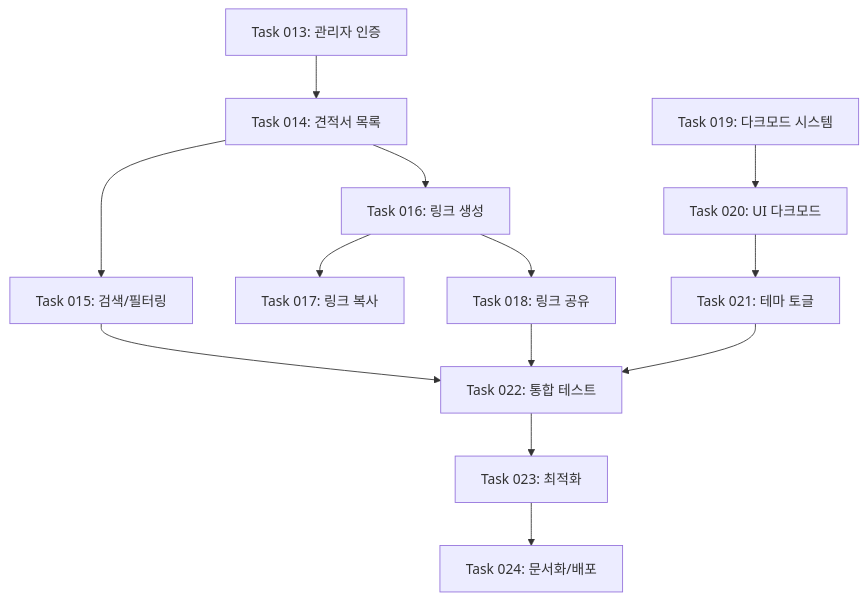
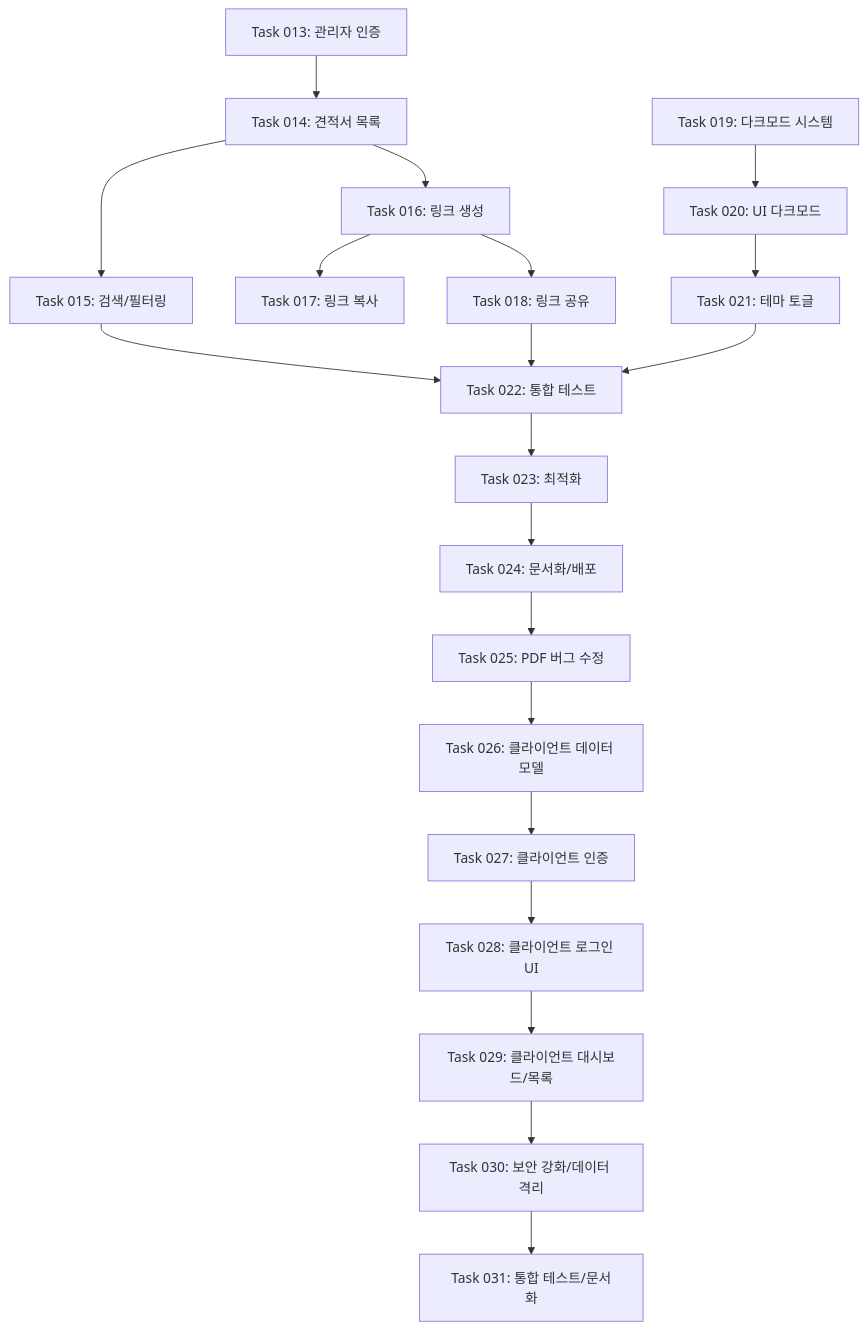
The diagram in docs/ROADMAP.md (anna-co-kr/invoice-web), drawn with Mermaid before and after one commit. The commit also changed other lines of this file and 23 other files, not shown here.

````diff
--- a/docs/ROADMAP.md
+++ b/docs/ROADMAP.md
@@ -272,17 +481,26 @@
 ```mermaid
 graph TD
     A[Task 013: 관리자 인증] --> B[Task 014: 견적서 목록]
     B --> C[Task 015: 검색/필터링]
     B --> D[Task 016: 링크 생성]
     D --> E[Task 017: 링크 복사]
     D --> F[Task 018: 링크 공유]
 
     G[Task 019: 다크모드 시스템] --> H[Task 020: UI 다크모드]
     H --> I[Task 021: 테마 토글]
 
     C --> J[Task 022: 통합 테스트]
     F --> J
     I --> J
     J --> K[Task 023: 최적화]
     K --> L[Task 024: 문서화/배포]
+
+    L --> M[Task 025: PDF 버그 수정]
+
+    M --> N[Task 026: 클라이언트 데이터 모델]
+    N --> O[Task 027: 클라이언트 인증]
+    O --> P[Task 028: 클라이언트 로그인 UI]
+    P --> Q[Task 029: 클라이언트 대시보드/목록]
+    Q --> R[Task 030: 보안 강화/데이터 격리]
+    R --> S[Task 031: 통합 테스트/문서화]
 ```
````
